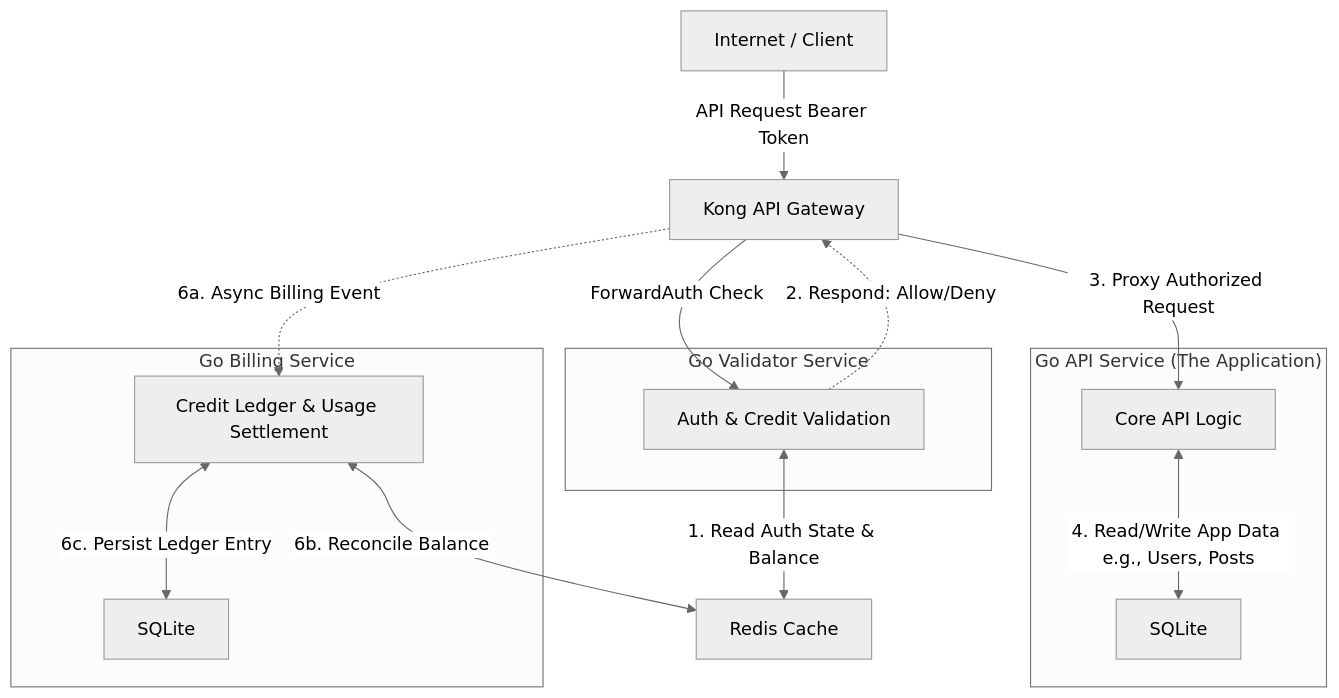
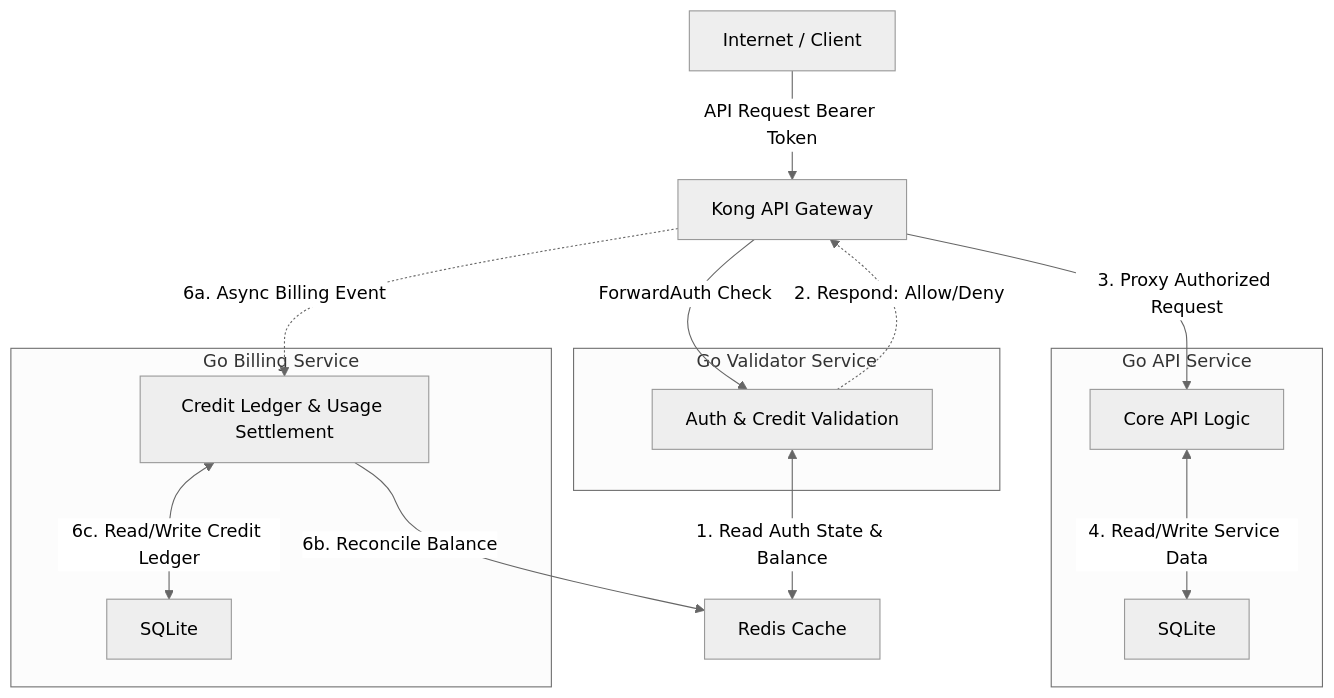
One commit to m-spangenberg/demo-monetized-api changed the second of 2 diagrams in README.md. Above: the diagram before and after it, drawn with Mermaid (neutral theme).

Commit message:
chore: update graphs

````diff
--- a/README.md
+++ b/README.md
@@ -58,32 +58,32 @@
 ```mermaid
 graph TD
     User[Internet / Client]
     Kong[Kong API Gateway]
     Redis[Redis Cache]
     
-    subgraph "Go API Service (The Application)"
+    subgraph "Go API Service"
         APILogic[Core API Logic]
         APIDB[SQLite]
     end
 
     subgraph "Go Validator Service"
         AuthLogic[Auth & Credit Validation]
     end
 
     subgraph "Go Billing Service"
         BillingLogic[Credit Ledger & Usage Settlement]
         BillingDB[SQLite]
     end
 
     User -->|API Request Bearer Token | Kong
     Kong -->|ForwardAuth Check| AuthLogic
     AuthLogic <-->|1. Read Auth State & Balance| Redis
     AuthLogic -.->|2. Respond: Allow/Deny| Kong
 
     Kong -->|3. Proxy Authorized Request| APILogic
-    APILogic <-->|4. Read/Write App Data e.g., Users, Posts| APIDB
+    APILogic <-->|4. Read/Write Service Data| APIDB
 
     Kong -.->|6a. Async Billing Event| BillingLogic
-    BillingLogic <-->|6b. Reconcile Balance| Redis
-    BillingLogic <-->|6c. Persist Ledger Entry| BillingDB
+    BillingLogic -->|6b. Reconcile Balance| Redis
+    BillingLogic <-->|6c. Read/Write Credit Ledger| BillingDB
 ```
````
